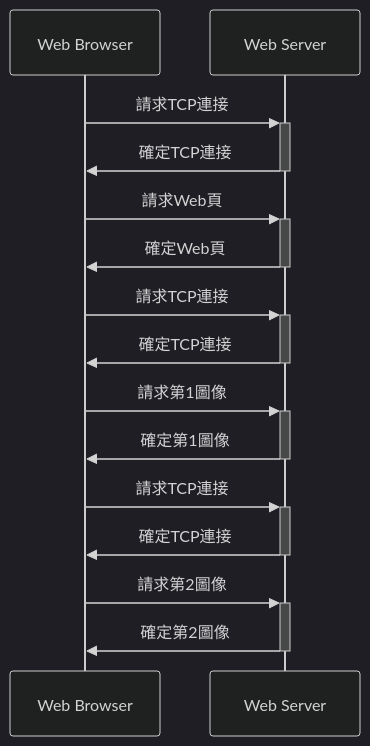
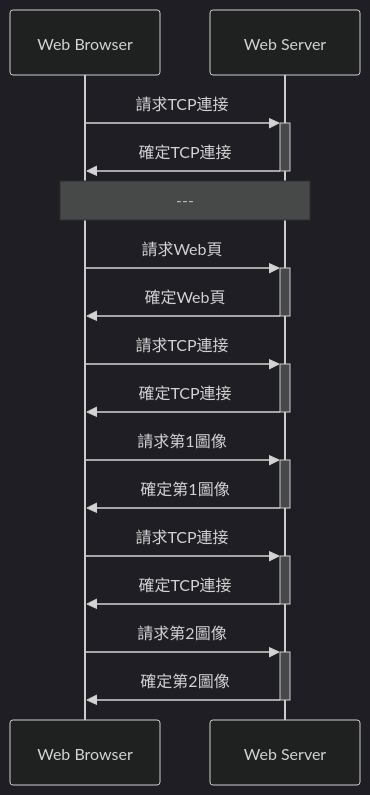
The first of 4 diagrams in _posts/2021-07-21-04741-internet.md (chchoiw/chchoiw.github.io), drawn with Mermaid (dark theme) before and after one commit.

````diff
--- a/_posts/2021-07-21-04741-internet.md
+++ b/_posts/2021-07-21-04741-internet.md
@@ -46,15 +46,16 @@
 ```mermaid
 sequenceDiagram
     Web Browser->>+Web Server: 請求TCP連接
     Web Server->>-Web Browser: 確定TCP連接
+    Note over Web Browser,Web Server: ---
     Web Browser->>+Web Server: 請求Web頁
     Web Server->>-Web Browser: 確定Web頁
     Web Browser->>+Web Server: 請求TCP連接
     Web Server->>-Web Browser: 確定TCP連接
     Web Browser->>+Web Server: 請求第1圖像
     Web Server->>-Web Browser: 確定第1圖像
     Web Browser->>+Web Server: 請求TCP連接
     Web Server->>-Web Browser: 確定TCP連接
     Web Browser->>+Web Server: 請求第2圖像
     Web Server->>-Web Browser: 確定第2圖像
 ```
````
